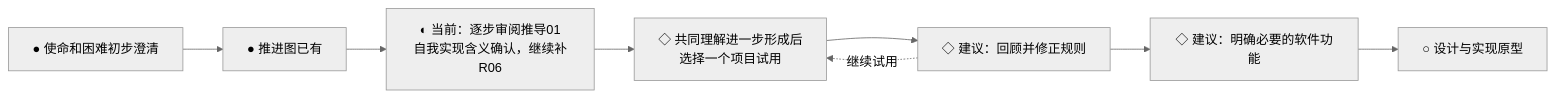
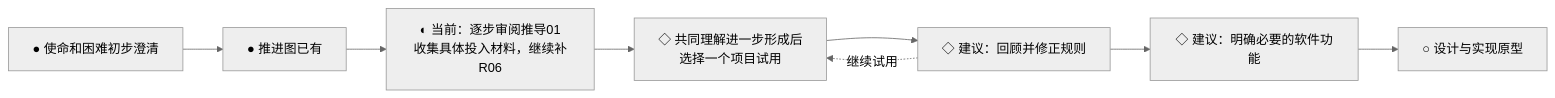
The second of 2 diagrams in 项目/人生飞轮/项目推进图.md (fangjiaqi2023-jpg/life-flywheel), drawn with Mermaid (neutral theme) before and after one commit. The commit also changed other lines of this file, not shown here.

````diff
--- a/项目/人生飞轮/项目推进图.md
+++ b/项目/人生飞轮/项目推进图.md
@@ -38,10 +38,10 @@
 ```mermaid
 flowchart LR
     P0[● 使命和困难初步澄清] --> P1[● 推进图已有]
-    P1 --> P2[◐ 当前：逐步审阅推导01<br/>自我实现含义确认，继续补R06]
+    P1 --> P2[◐ 当前：逐步审阅推导01<br/>收集具体投入材料，继续补R06]
     P2 --> P3[◇ 共同理解进一步形成后<br/>选择一个项目试用]
     P3 --> P4[◇ 建议：回顾并修正规则]
     P4 --> P5[◇ 建议：明确必要的软件功能]
     P5 --> P6[○ 设计与实现原型]
     P4 -.继续试用.-> P3
 ```
````
